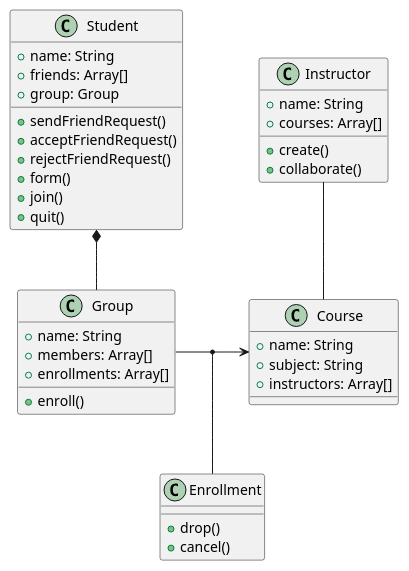
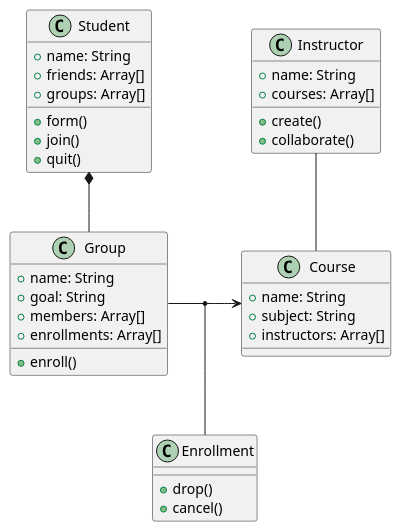
One commit to battu0/kurs changed the diagram in classes.puml. Above: the diagram before and after it, drawn with PlantUML. The commit also changed 19 other files, not shown here.

```diff
--- a/classes.puml
+++ b/classes.puml
@@ -1,47 +1,44 @@
 @startuml
 
 class Student {
     + name: String
     + friends: Array[]
-    + group: Group
-    + sendFriendRequest()
-    + acceptFriendRequest()
-    + rejectFriendRequest()
+    + groups: Array[]
     + form()
     + join()
     + quit()
-
 }
 
 class Instructor {
     + name: String
     + courses: Array[]
     + create()
     + collaborate()
 }
 
 
 class Group {
     + name: String
+    + goal: String
     + members: Array[]
     + enrollments: Array[]
     + enroll() 
 }
 
 class Course {
     + name: String
     + subject: String
     + instructors: Array[]
 }
 
 class Enrollment {
     + drop()
     + cancel()
 }
 
 Student *-- Group
 Instructor -- Course
 Group -> Course
 (Group, Course) -- Enrollment
 
 @enduml
```
